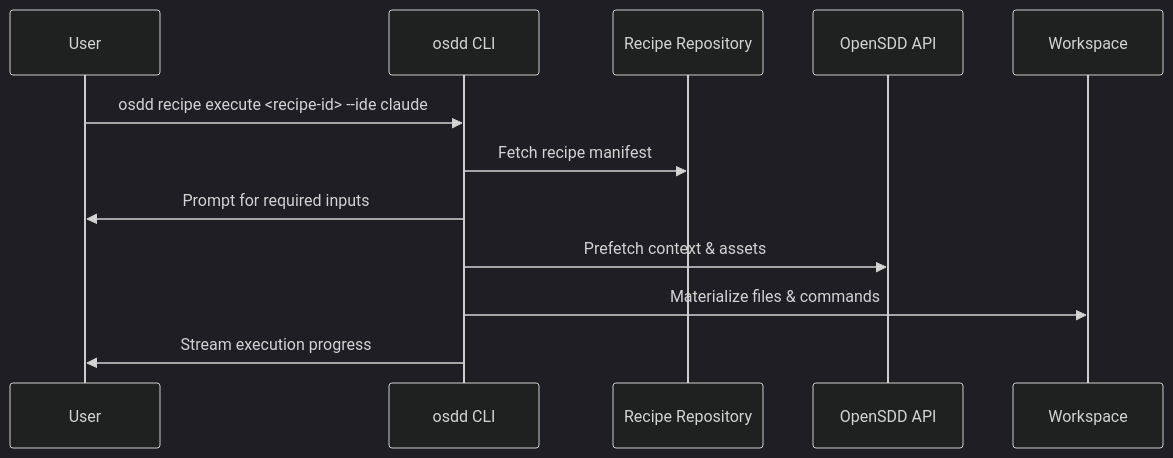
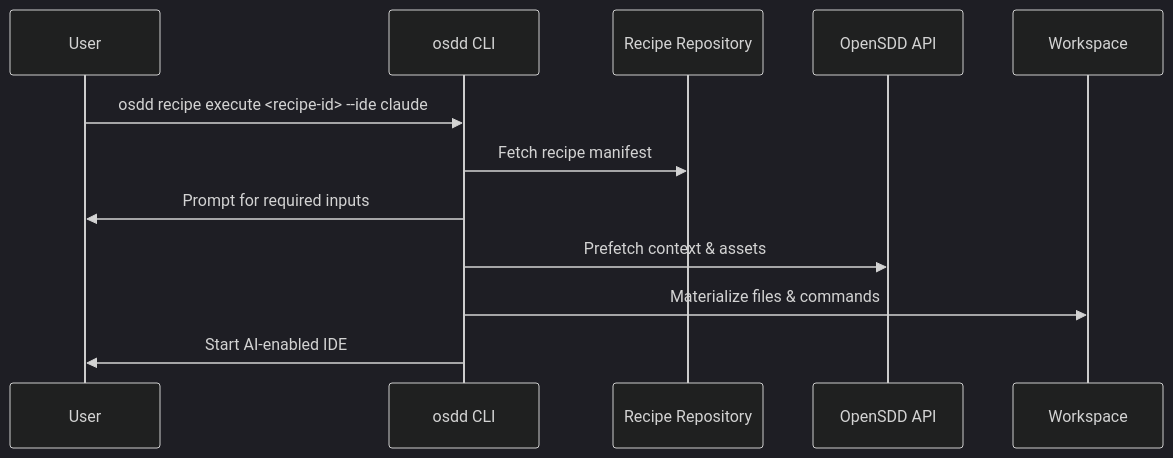
Before and after one commit to opensdd/osdd-cli: the diagram in README.md, drawn with Mermaid (dark theme).

````diff
--- a/README.md
+++ b/README.md
@@ -14,14 +14,14 @@
 ```mermaid
 sequenceDiagram
     participant User
     participant CLI as osdd CLI
     participant Repo as Recipe Repository
     participant API as OpenSDD API
     participant Workspace
     User->>CLI: osdd recipe execute <recipe-id> --ide claude
     CLI->>Repo: Fetch recipe manifest
     CLI->>User: Prompt for required inputs
     CLI->>API: Prefetch context & assets
     CLI->>Workspace: Materialize files & commands
-    CLI->>User: Stream execution progress
+    CLI->>User: Start AI-enabled IDE
 ```
````
